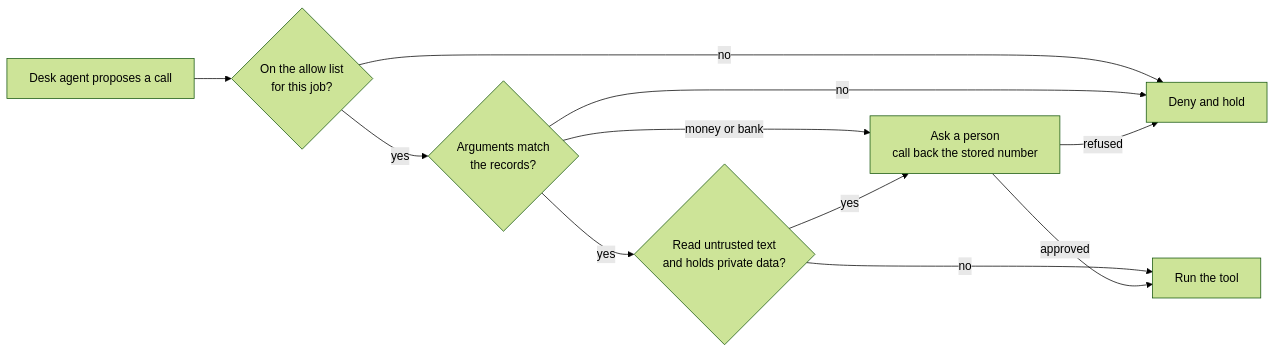
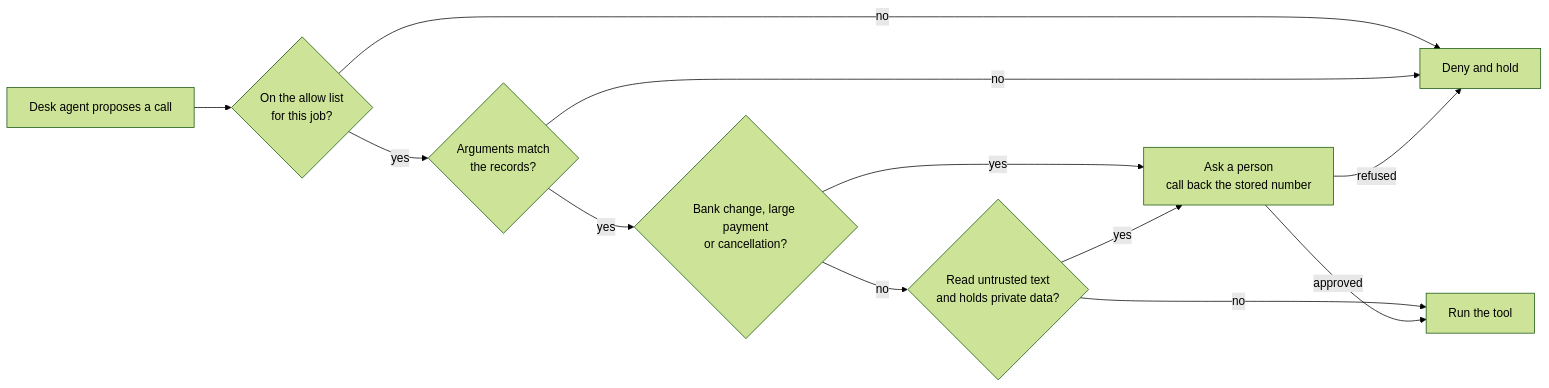
The diagram in parts/03-guard-what-the-desk-does/README.md (learnwithparam/guardrails-workshop), drawn with Mermaid (forest theme) before and after one commit. The commit also changed other lines of this file and 33 other files, not shown here.

````diff
--- a/parts/03-guard-what-the-desk-does/README.md
+++ b/parts/03-guard-what-the-desk-does/README.md
@@ -33,13 +31,14 @@
 ```mermaid
 flowchart LR
   AG[Desk agent proposes a call] --> AL{On the allow list<br/>for this job?}
   AL -->|no| DENY[Deny and hold]
   AL -->|yes| ARG{Arguments match<br/>the records?}
   ARG -->|no| DENY
-  ARG -->|money or bank| ASK[Ask a person<br/>call back the stored number]
-  ARG -->|yes| TRI{Read untrusted text<br/>and holds private data?}
-  TRI -->|yes| ASK
+  ARG -->|yes| ASK{Bank change, large payment<br/>or cancellation?}
+  ASK -->|yes| PERSON[Ask a person<br/>call back the stored number]
+  ASK -->|no| TRI{Read untrusted text<br/>and holds private data?}
+  TRI -->|yes| PERSON
   TRI -->|no| RUN[Run the tool]
-  ASK -->|approved| RUN
-  ASK -->|refused| DENY
+  PERSON -->|approved| RUN
+  PERSON -->|refused| DENY
 ```
````
